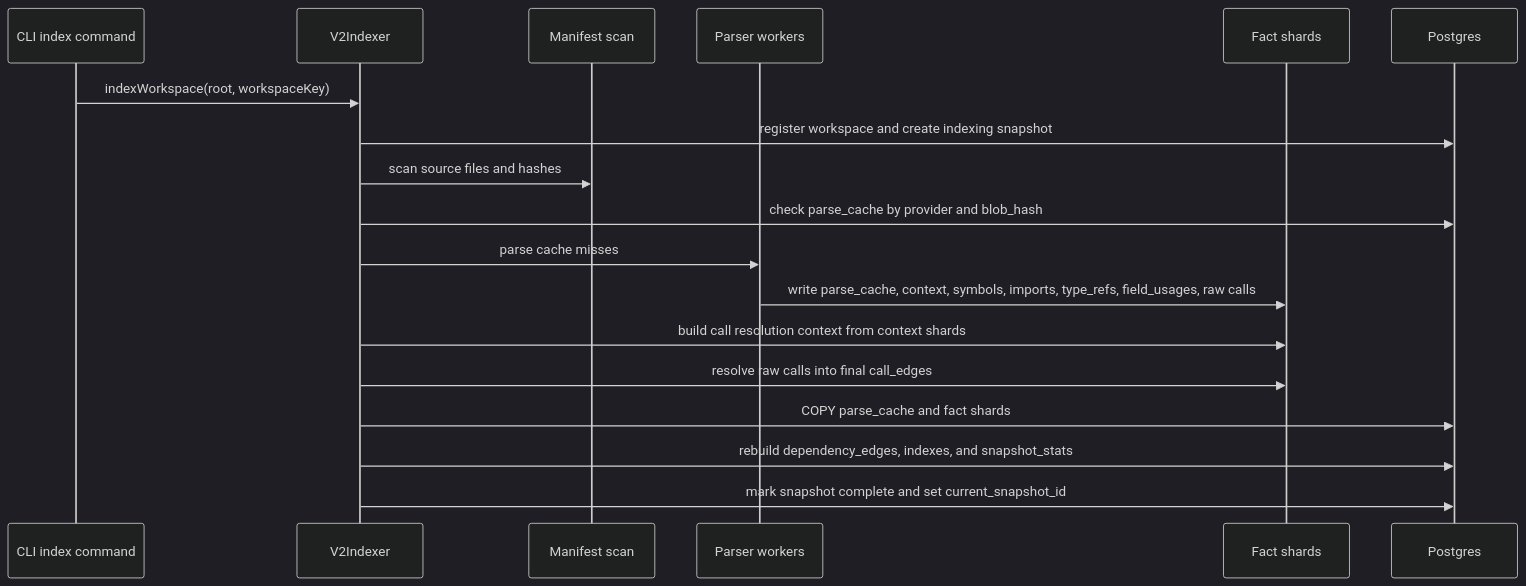
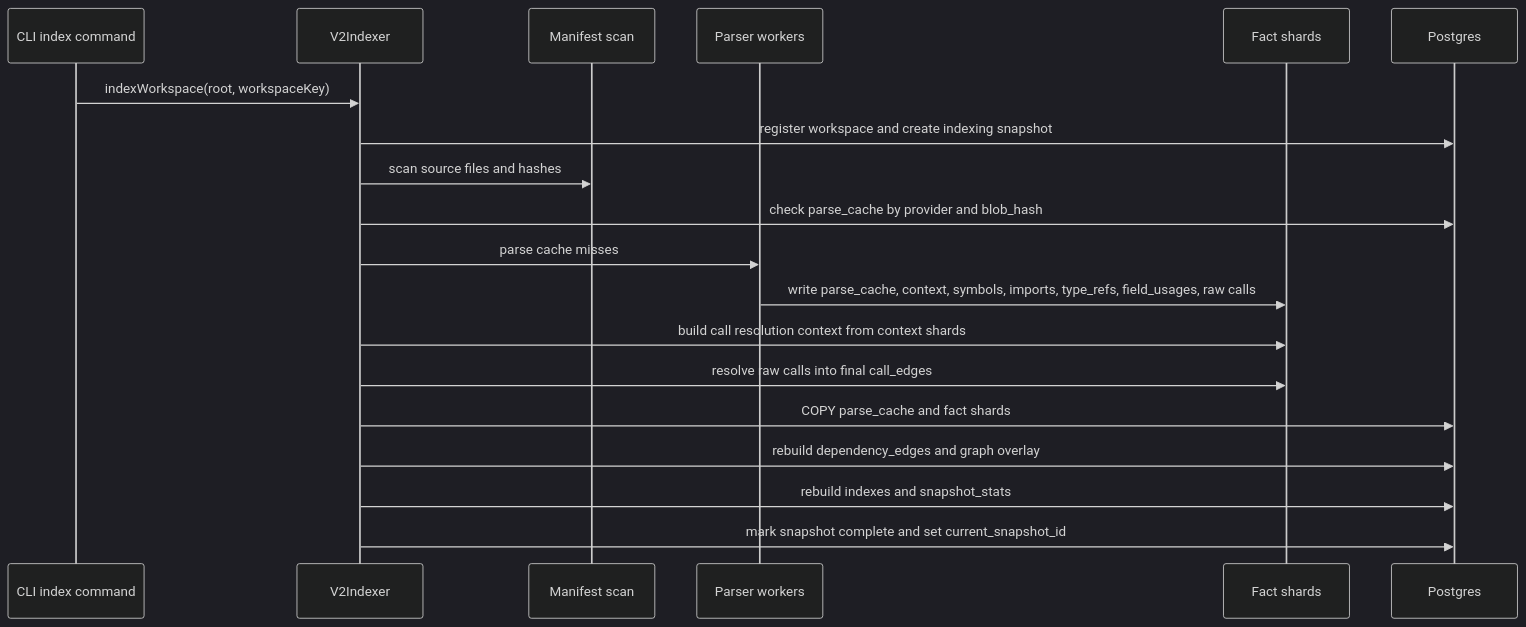
One commit to vndkubi/code-graph changed the third of 5 diagrams in docs/system-design.md. Above: the diagram before and after it, drawn with Mermaid (dark theme). The commit also changed other lines of this file and 12 other files, not shown here.

Commit message:
Optimize graph overlay and Codex MCP benchmark

````diff
--- a/docs/system-design.md
+++ b/docs/system-design.md
@@ -125,21 +128,22 @@
 ```mermaid
 sequenceDiagram
   participant CLI as CLI index command
   participant IDX as V2Indexer
   participant MAN as Manifest scan
   participant W as Parser workers
   participant SH as Fact shards
   participant DB as Postgres
 
   CLI->>IDX: indexWorkspace(root, workspaceKey)
   IDX->>DB: register workspace and create indexing snapshot
   IDX->>MAN: scan source files and hashes
   IDX->>DB: check parse_cache by provider and blob_hash
   IDX->>W: parse cache misses
   W->>SH: write parse_cache, context, symbols, imports, type_refs, field_usages, raw calls
   IDX->>SH: build call resolution context from context shards
   IDX->>SH: resolve raw calls into final call_edges
   IDX->>DB: COPY parse_cache and fact shards
-  IDX->>DB: rebuild dependency_edges, indexes, and snapshot_stats
+  IDX->>DB: rebuild dependency_edges and graph overlay
+  IDX->>DB: rebuild indexes and snapshot_stats
   IDX->>DB: mark snapshot complete and set current_snapshot_id
 ```
````
